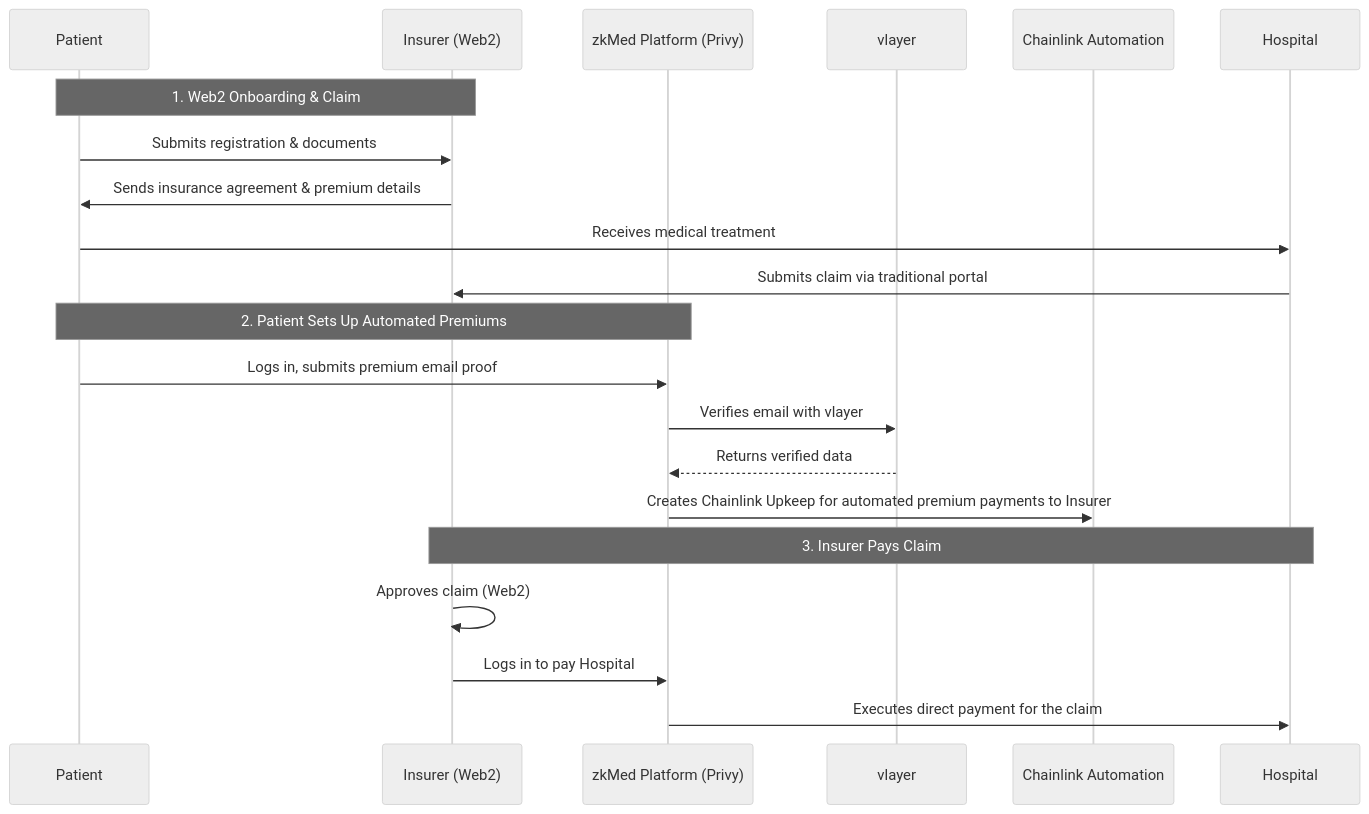
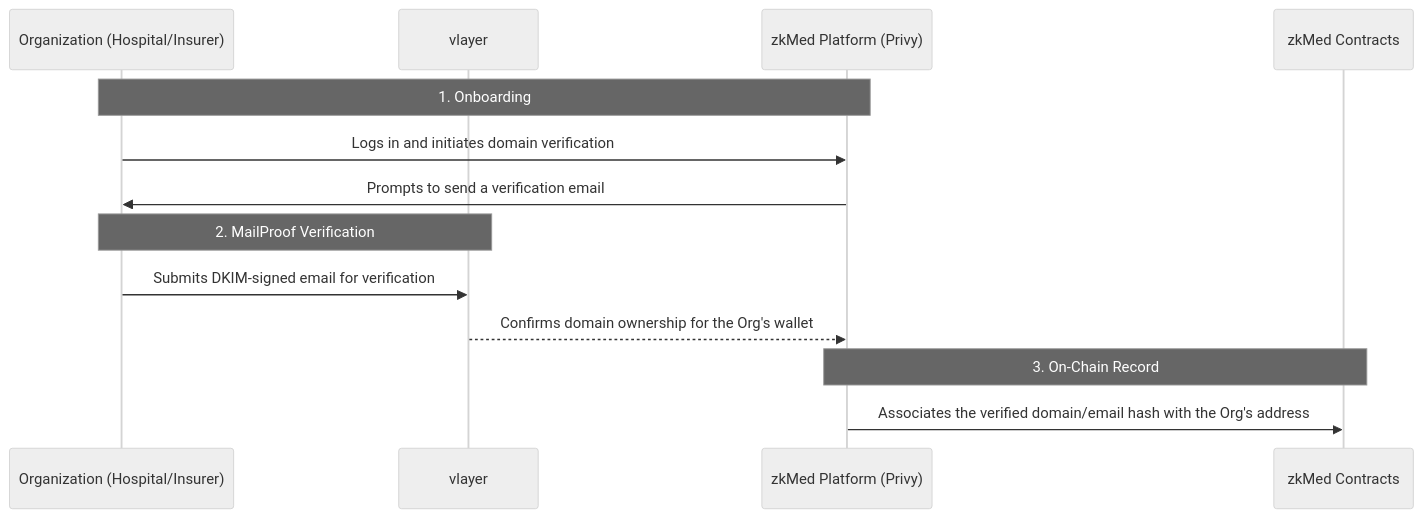
The fourth of 6 diagrams in README.md (ppezzull/zkMed), drawn with Mermaid (neutral theme) before and after one commit. The commit also changed other lines of this file, not shown here.

````diff
--- a/README.md
+++ b/README.md
@@ -135,26 +132,18 @@
 ```mermaid
 sequenceDiagram
-    participant P as Patient
-    participant I as Insurer (Web2)
+    participant Org as Organization (Hospital/Insurer)
+    participant V as vlayer
     participant Privy as zkMed Platform (Privy)
-    participant V as vlayer
-    participant C as Chainlink Automation
-    participant H as Hospital
+    participant ZK as zkMed Contracts
 
-    Note over P,I: 1. Web2 Onboarding & Claim
-    P->>I: Submits registration & documents
-    I->>P: Sends insurance agreement & premium details
-    P->>H: Receives medical treatment
-    H->>I: Submits claim via traditional portal
+    Note over Org,Privy: 1. Onboarding
+    Org->>Privy: Logs in and initiates domain verification
+    Privy->>Org: Prompts to send a verification email
 
-    Note over P,Privy: 2. Patient Sets Up Automated Premiums
-    P->>Privy: Logs in, submits premium email proof
-    Privy->>V: Verifies email with vlayer
-    V-->>Privy: Returns verified data
-    Privy->>C: Creates Chainlink Upkeep for automated premium payments to Insurer
+    Note over Org,V: 2. MailProof Verification
+    Org->>V: Submits DKIM-signed email for verification
+    V-->>Privy: Confirms domain ownership for the Org's wallet
 
-    Note over I,H: 3. Insurer Pays Claim
-    I->>I: Approves claim (Web2)
-    I->>Privy: Logs in to pay Hospital
-    Privy->>H: Executes direct payment for the claim
+    Note over Privy,ZK: 3. On-Chain Record
+    Privy->>ZK: Associates the verified domain/email hash with the Org's address
 ```
````
